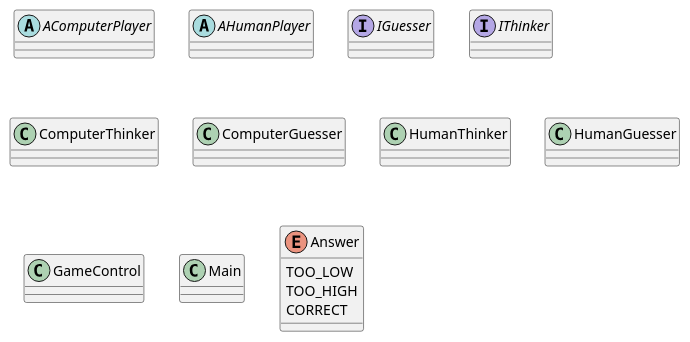
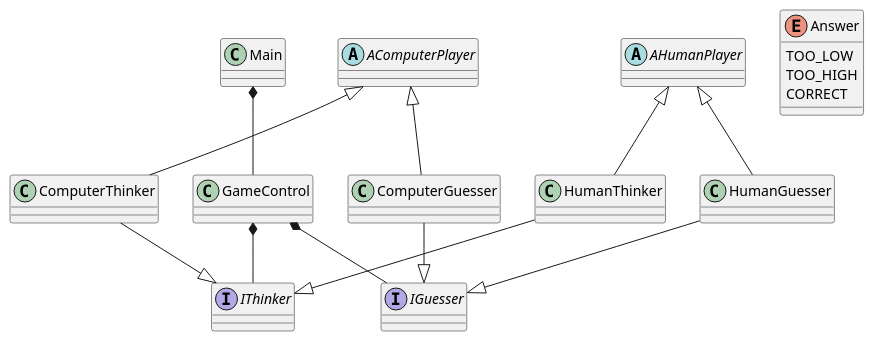
Before and after one commit to Peter537/GuessANumberGame: the diagram in Documentation/Documentation.puml, drawn with PlantUML.

```diff
--- a/Documentation/Documentation.puml
+++ b/Documentation/Documentation.puml
@@ -1,33 +1,72 @@
 @startuml
 'https://plantuml.com/class-diagram
 
+'------------------
+' ABSTRACT CLASSES
+'------------------
+
 abstract class AComputerPlayer
 abstract class AHumanPlayer
-interface IGuesser
-interface IThinker
+
+'------------------
+' INTERFACES
+'------------------
+
+interface IGuesser {
+
+}
+interface IThinker {
+}
+
+'------------------
+' CLASSES
+'------------------
 
 class ComputerThinker {
 }
 
 class ComputerGuesser {
 }
 
 class HumanThinker {
 }
 
 class HumanGuesser {
 }
 
 class GameControl {
 }
 
 class Main {
 }
 
+'------------------
+' ENUMS
+'------------------
+
 enum Answer {
     TOO_LOW
     TOO_HIGH
     CORRECT
 }
 
+'------------------
+' RELATIONS
+'------------------
+
+AComputerPlayer <|-- ComputerThinker
+AComputerPlayer <|-- ComputerGuesser
+AHumanPlayer <|-- HumanThinker
+AHumanPlayer <|-- HumanGuesser
+
+ComputerThinker --|> IThinker
+ComputerGuesser --|> IGuesser
+HumanThinker --|> IThinker
+HumanGuesser --|> IGuesser
+
+GameControl *-- IGuesser
+GameControl *-- IThinker
+
+Main *-- GameControl
+
 @enduml
```
